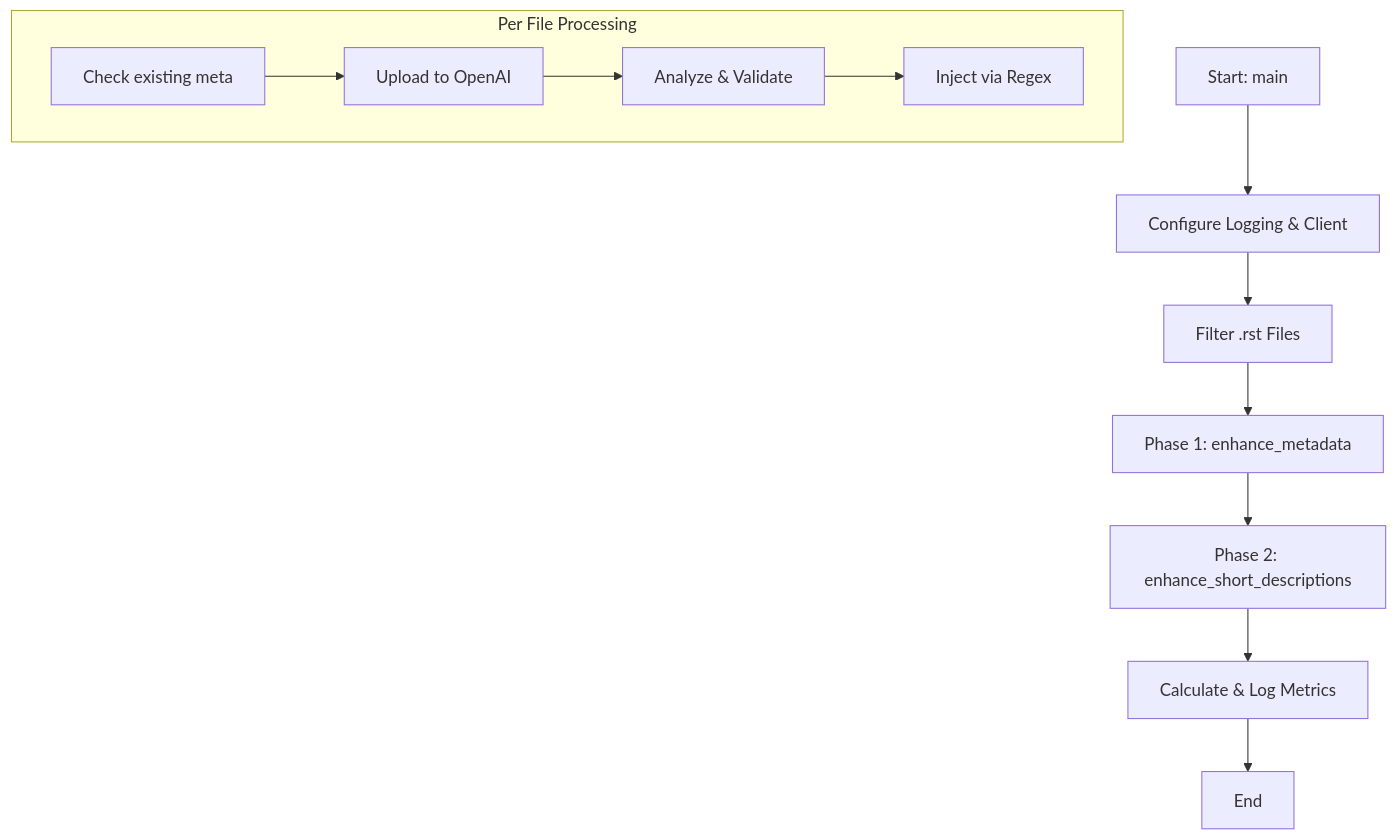
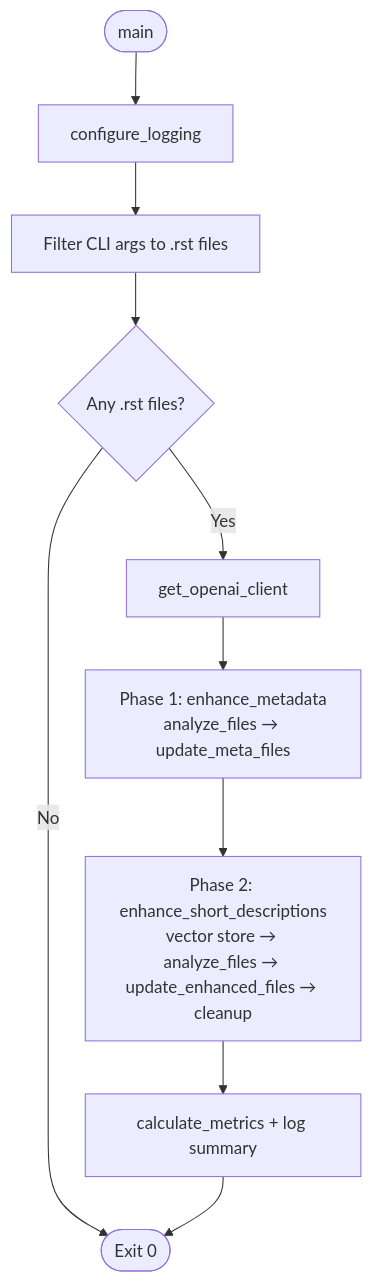
Before and after one commit to ros2/ros2_documentation: the first of 4 diagrams in tools/README.md, drawn with Mermaid. The commit also changed other lines of this file, not shown here.

````diff
--- a/tools/README.md
+++ b/tools/README.md
@@ -64,15 +78,12 @@
 ```mermaid
-graph TD
-    A[Start: main] --> B[Configure Logging & Client]
-    B --> C[Filter .rst Files]
-    C --> D[Phase 1: enhance_metadata]
-    D --> E[Phase 2: enhance_short_descriptions]
-    E --> F[Calculate & Log Metrics]
-    F --> G[End]
-
-    subgraph "Per File Processing"
-    D1[Check existing meta] --> D2[Upload to OpenAI]
-    D2 --> D3[Analyze & Validate]
-    D3 --> D4[Inject via Regex]
-    end
+flowchart TD
+    A([main]) --> B[configure_logging]
+    B --> C[Filter CLI args to .rst files]
+    C --> D{Any .rst files?}
+    D -->|No| Z([Exit 0])
+    D -->|Yes| E[get_openai_client]
+    E --> F["Phase 1: enhance_metadata<br/>analyze_files → update_meta_files"]
+    F --> G["Phase 2: enhance_short_descriptions<br/>vector store → analyze_files → update_enhanced_files → cleanup"]
+    G --> H[calculate_metrics + log summary]
+    H --> Z
 ```
````
